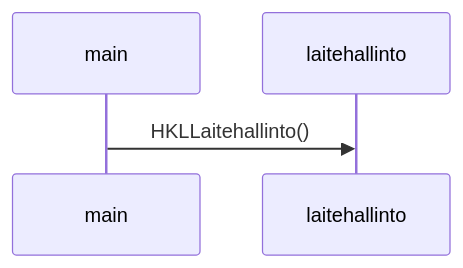
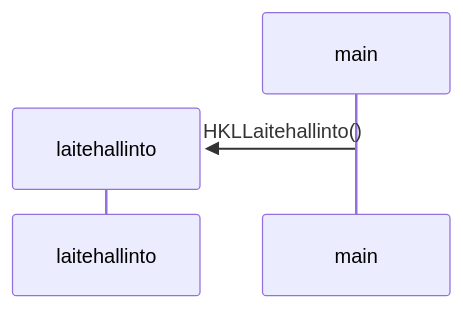
One commit to maazjes/ohte changed the diagram in laskarit/viikko3/HSL.md. Above: the diagram before and after it, drawn with Mermaid. The commit also changed 1 other file, not shown here.

````diff
--- a/laskarit/viikko3/HSL.md
+++ b/laskarit/viikko3/HSL.md
@@ -1,4 +1,6 @@
 ```mermaid
 sequenceDiagram
+    create participant laitehallinto
     main->>laitehallinto: HKLLaitehallinto()
+    destroy laitehallinto
 ```
````
